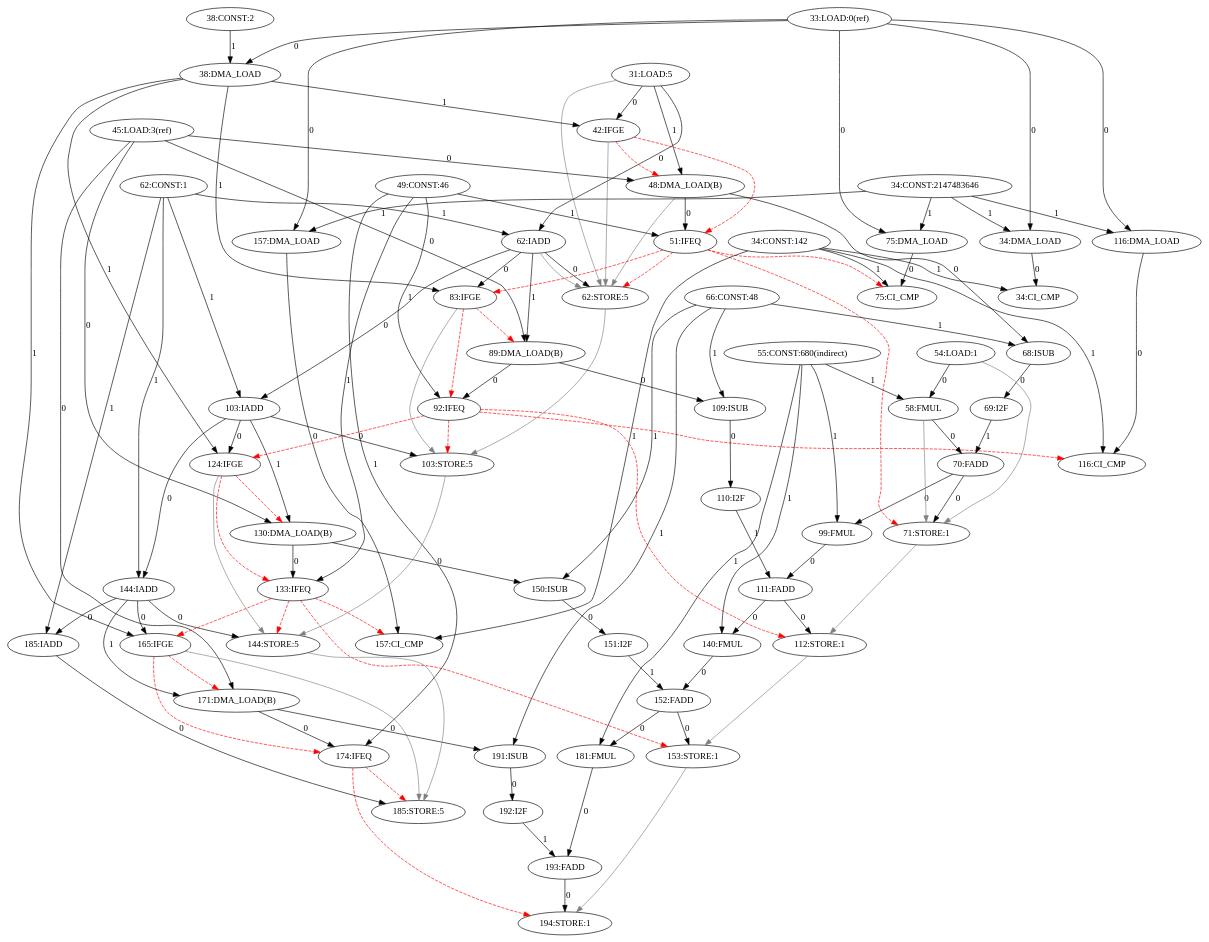
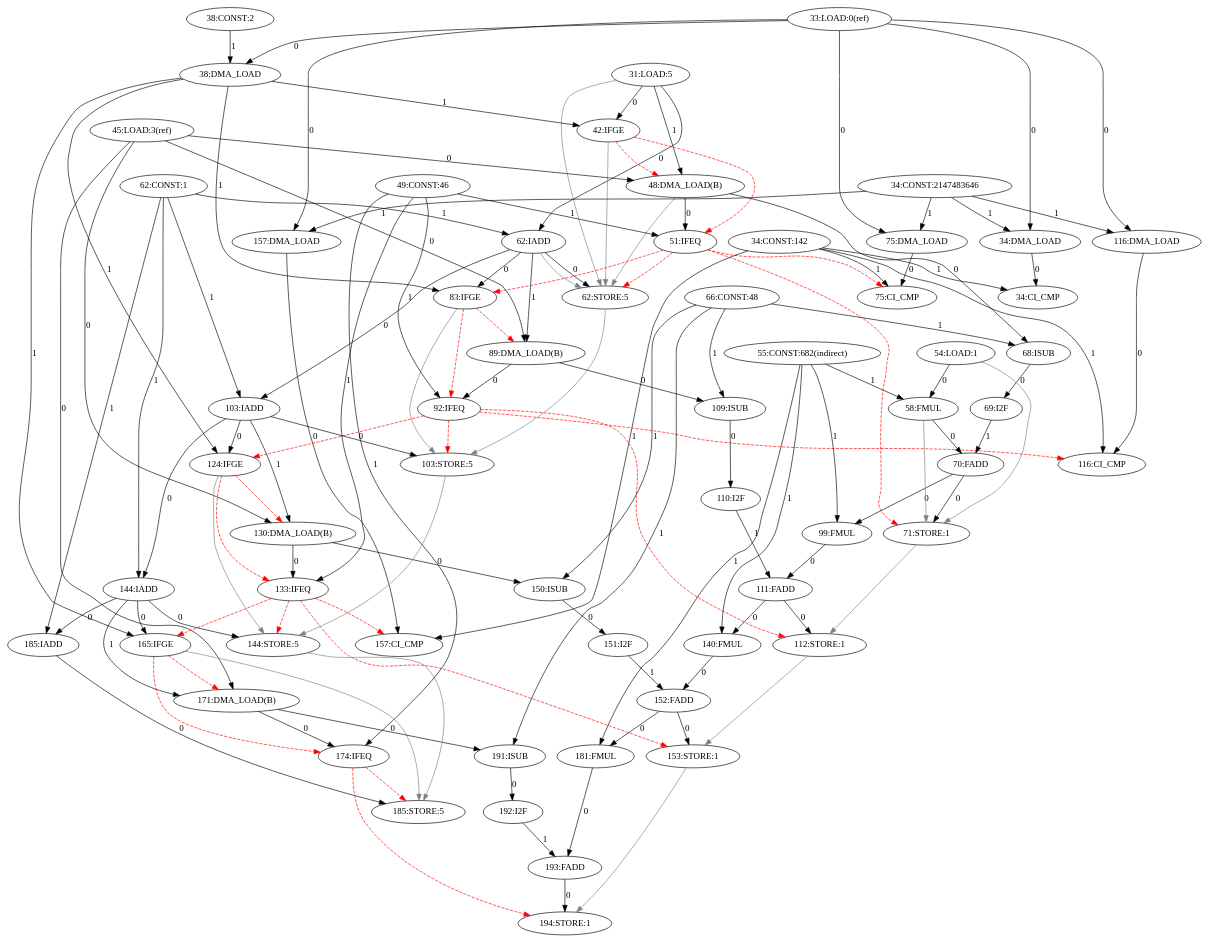
Before and after one commit to Ana-Borg/CGRA-Versuch: the diagram in amidar-sim2/Amidar/log/java.lang.Float.parseFloat(Ljava.lang.String;)F-31-198-CDFG.dot, drawn with Graphviz. The commit also changed 72 other files, not shown here.

```diff
--- a/amidar-sim2/Amidar/log/java.lang.Float.parseFloat(Ljava.lang.String;)F-31-198-CDFG.dot
+++ b/amidar-sim2/Amidar/log/java.lang.Float.parseFloat(Ljava.lang.String;)F-31-198-CDFG.dot
@@ -1,125 +1,125 @@
 digraph depgraph {
 "62:IADD" -> "62:STORE:5"[label=0];
 "31:LOAD:5" -> "62:STORE:5"[color=gray];
 "42:IFGE" -> "62:STORE:5"[color=gray];
 "48:DMA_LOAD(B)" -> "62:STORE:5"[color=gray];
 "51:IFEQ" -> "62:STORE:5"[color=red,style=dashed];
 "62:IADD" -> "62:STORE:5"[color=gray];
 "31:LOAD:5" -> "42:IFGE"[label=0];
 "38:DMA_LOAD" -> "42:IFGE"[label=1];
 "45:LOAD:3(ref)" -> "48:DMA_LOAD(B)"[label=0];
 "31:LOAD:5" -> "48:DMA_LOAD(B)"[label=1];
 "42:IFGE" -> "48:DMA_LOAD(B)"[color=red,style=dashed];
 "31:LOAD:5" -> "62:IADD"[label=0];
 "62:CONST:1" -> "62:IADD"[label=1];
 "33:LOAD:0(ref)" -> "34:DMA_LOAD"[label=0];
 "34:CONST:2147483646" -> "34:DMA_LOAD"[label=1];
 "33:LOAD:0(ref)" -> "38:DMA_LOAD"[label=0];
 "38:CONST:2" -> "38:DMA_LOAD"[label=1];
 "33:LOAD:0(ref)" -> "75:DMA_LOAD"[label=0];
 "34:CONST:2147483646" -> "75:DMA_LOAD"[label=1];
 "33:LOAD:0(ref)" -> "116:DMA_LOAD"[label=0];
 "34:CONST:2147483646" -> "116:DMA_LOAD"[label=1];
 "33:LOAD:0(ref)" -> "157:DMA_LOAD"[label=0];
 "34:CONST:2147483646" -> "157:DMA_LOAD"[label=1];
 "34:DMA_LOAD" -> "34:CI_CMP"[label=0];
 "34:CONST:142" -> "34:CI_CMP"[label=1];
 "75:DMA_LOAD" -> "75:CI_CMP"[label=0];
 "34:CONST:142" -> "75:CI_CMP"[label=1];
 "51:IFEQ" -> "75:CI_CMP"[color=red,style=dashed];
 "116:DMA_LOAD" -> "116:CI_CMP"[label=0];
 "34:CONST:142" -> "116:CI_CMP"[label=1];
 "92:IFEQ" -> "116:CI_CMP"[color=red,style=dashed];
 "157:DMA_LOAD" -> "157:CI_CMP"[label=0];
 "34:CONST:142" -> "157:CI_CMP"[label=1];
 "133:IFEQ" -> "157:CI_CMP"[color=red,style=dashed];
 "62:IADD" -> "83:IFGE"[label=0];
 "38:DMA_LOAD" -> "83:IFGE"[label=1];
 "51:IFEQ" -> "83:IFGE"[color=red,style=dashed];
 "103:IADD" -> "124:IFGE"[label=0];
 "38:DMA_LOAD" -> "124:IFGE"[label=1];
 "92:IFEQ" -> "124:IFGE"[color=red,style=dashed];
 "144:IADD" -> "165:IFGE"[label=0];
 "38:DMA_LOAD" -> "165:IFGE"[label=1];
 "133:IFEQ" -> "165:IFGE"[color=red,style=dashed];
 "48:DMA_LOAD(B)" -> "51:IFEQ"[label=0];
 "49:CONST:46" -> "51:IFEQ"[label=1];
 "42:IFGE" -> "51:IFEQ"[color=red,style=dashed];
 "45:LOAD:3(ref)" -> "89:DMA_LOAD(B)"[label=0];
 "62:IADD" -> "89:DMA_LOAD(B)"[label=1];
 "83:IFGE" -> "89:DMA_LOAD(B)"[color=red,style=dashed];
 "45:LOAD:3(ref)" -> "130:DMA_LOAD(B)"[label=0];
 "103:IADD" -> "130:DMA_LOAD(B)"[label=1];
 "124:IFGE" -> "130:DMA_LOAD(B)"[color=red,style=dashed];
 "45:LOAD:3(ref)" -> "171:DMA_LOAD(B)"[label=0];
 "144:IADD" -> "171:DMA_LOAD(B)"[label=1];
 "165:IFGE" -> "171:DMA_LOAD(B)"[color=red,style=dashed];
 "48:DMA_LOAD(B)" -> "68:ISUB"[label=0];
 "66:CONST:48" -> "68:ISUB"[label=1];
 "89:DMA_LOAD(B)" -> "92:IFEQ"[label=0];
 "49:CONST:46" -> "92:IFEQ"[label=1];
 "83:IFGE" -> "92:IFEQ"[color=red,style=dashed];
 "130:DMA_LOAD(B)" -> "133:IFEQ"[label=0];
 "49:CONST:46" -> "133:IFEQ"[label=1];
 "124:IFGE" -> "133:IFEQ"[color=red,style=dashed];
 "171:DMA_LOAD(B)" -> "174:IFEQ"[label=0];
 "49:CONST:46" -> "174:IFEQ"[label=1];
 "165:IFGE" -> "174:IFEQ"[color=red,style=dashed];
 "70:FADD" -> "71:STORE:1"[label=0];
 "51:IFEQ" -> "71:STORE:1"[color=red,style=dashed];
 "54:LOAD:1" -> "71:STORE:1"[color=gray];
 "58:FMUL" -> "71:STORE:1"[color=gray];
 "54:LOAD:1" -> "58:FMUL"[label=0];
-"55:CONST:680(indirect)" -> "58:FMUL"[label=1];
+"55:CONST:682(indirect)" -> "58:FMUL"[label=1];
 "70:FADD" -> "99:FMUL"[label=0];
-"55:CONST:680(indirect)" -> "99:FMUL"[label=1];
+"55:CONST:682(indirect)" -> "99:FMUL"[label=1];
 "111:FADD" -> "140:FMUL"[label=0];
-"55:CONST:680(indirect)" -> "140:FMUL"[label=1];
+"55:CONST:682(indirect)" -> "140:FMUL"[label=1];
 "152:FADD" -> "181:FMUL"[label=0];
-"55:CONST:680(indirect)" -> "181:FMUL"[label=1];
+"55:CONST:682(indirect)" -> "181:FMUL"[label=1];
 "58:FMUL" -> "70:FADD"[label=0];
 "69:I2F" -> "70:FADD"[label=1];
 "62:IADD" -> "103:IADD"[label=0];
 "62:CONST:1" -> "103:IADD"[label=1];
 "103:IADD" -> "144:IADD"[label=0];
 "62:CONST:1" -> "144:IADD"[label=1];
 "144:IADD" -> "185:IADD"[label=0];
 "62:CONST:1" -> "185:IADD"[label=1];
 "103:IADD" -> "103:STORE:5"[label=0];
 "62:STORE:5" -> "103:STORE:5"[color=gray];
 "83:IFGE" -> "103:STORE:5"[color=gray];
 "92:IFEQ" -> "103:STORE:5"[color=red,style=dashed];
 "89:DMA_LOAD(B)" -> "109:ISUB"[label=0];
 "66:CONST:48" -> "109:ISUB"[label=1];
 "130:DMA_LOAD(B)" -> "150:ISUB"[label=0];
 "66:CONST:48" -> "150:ISUB"[label=1];
 "171:DMA_LOAD(B)" -> "191:ISUB"[label=0];
 "66:CONST:48" -> "191:ISUB"[label=1];
 "68:ISUB" -> "69:I2F"[label=0];
 "111:FADD" -> "112:STORE:1"[label=0];
 "71:STORE:1" -> "112:STORE:1"[color=gray];
 "92:IFEQ" -> "112:STORE:1"[color=red,style=dashed];
 "99:FMUL" -> "111:FADD"[label=0];
 "110:I2F" -> "111:FADD"[label=1];
 "144:IADD" -> "144:STORE:5"[label=0];
 "103:STORE:5" -> "144:STORE:5"[color=gray];
 "124:IFGE" -> "144:STORE:5"[color=gray];
 "133:IFEQ" -> "144:STORE:5"[color=red,style=dashed];
 "109:ISUB" -> "110:I2F"[label=0];
 "152:FADD" -> "153:STORE:1"[label=0];
 "112:STORE:1" -> "153:STORE:1"[color=gray];
 "133:IFEQ" -> "153:STORE:1"[color=red,style=dashed];
 "140:FMUL" -> "152:FADD"[label=0];
 "151:I2F" -> "152:FADD"[label=1];
 "185:IADD" -> "185:STORE:5"[label=0];
 "144:STORE:5" -> "185:STORE:5"[color=gray];
 "165:IFGE" -> "185:STORE:5"[color=gray];
 "174:IFEQ" -> "185:STORE:5"[color=red,style=dashed];
 "150:ISUB" -> "151:I2F"[label=0];
 "193:FADD" -> "194:STORE:1"[label=0];
 "153:STORE:1" -> "194:STORE:1"[color=gray];
 "174:IFEQ" -> "194:STORE:1"[color=red,style=dashed];
 "181:FMUL" -> "193:FADD"[label=0];
 "192:I2F" -> "193:FADD"[label=1];
 "191:ISUB" -> "192:I2F"[label=0];
 }
```
